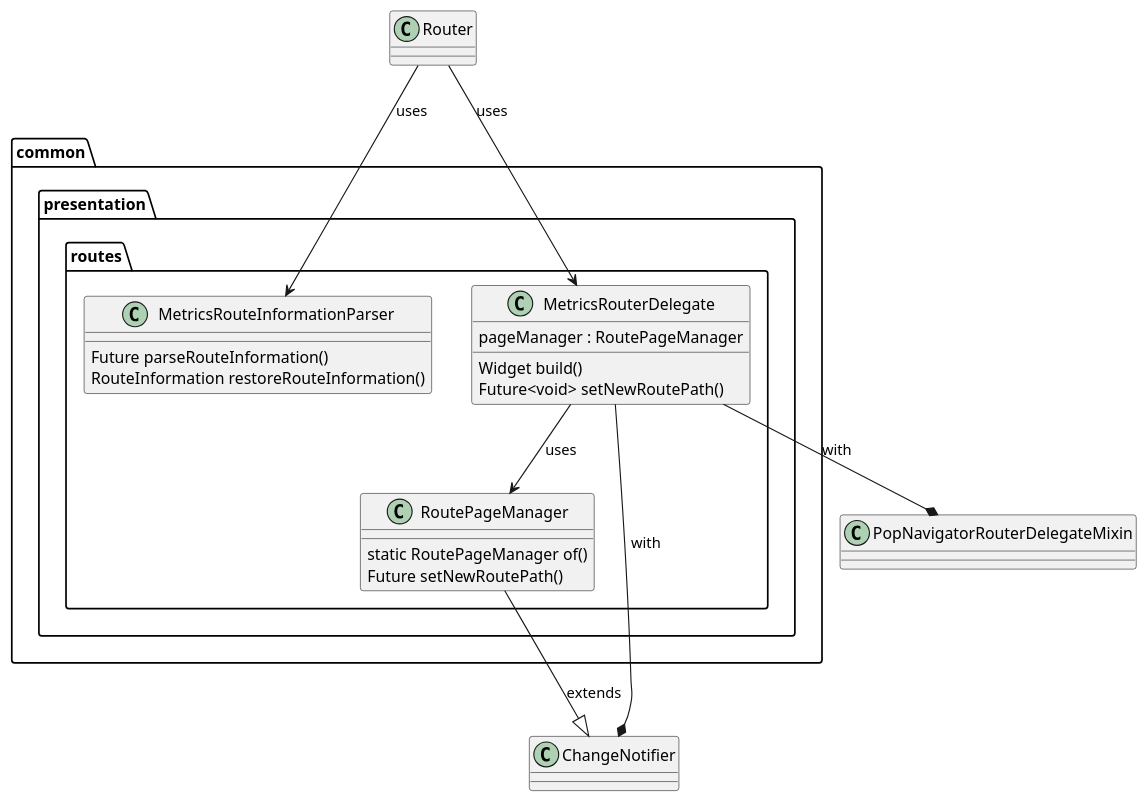
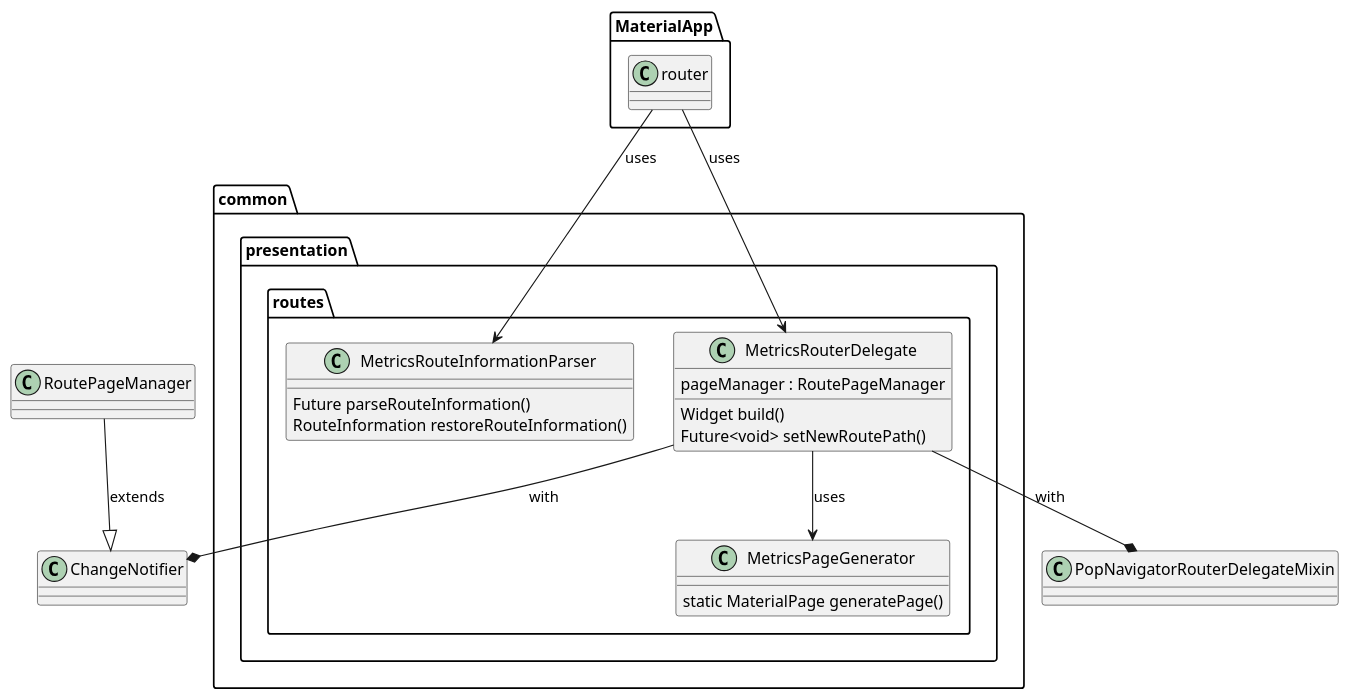
Before and after one commit to Flank/flank-dashboard: the diagram in metrics/web/docs/features/router_widget/diagrams/router_widget_presentation.puml, drawn with PlantUML. The commit also changed 2 other files, not shown here.

Commit message:
Add sequence diagram, examples

```diff
--- a/metrics/web/docs/features/router_widget/diagrams/router_widget_presentation.puml
+++ b/metrics/web/docs/features/router_widget/diagrams/router_widget_presentation.puml
@@ -1,28 +1,27 @@
 @startuml
 package common.presentation.routes {
 
         class MetricsRouteInformationParser{
             Future parseRouteInformation()
             RouteInformation restoreRouteInformation()
         }
 
         class MetricsRouterDelegate{
             pageManager : RoutePageManager
 
             Widget build()
             Future<void> setNewRoutePath()
         }
-        class RoutePageManager{
-            static RoutePageManager of()
-            Future setNewRoutePath()
+        class MetricsPageGenerator{
+            static MaterialPage generatePage()
         }
 
 }
 
 MetricsRouterDelegate --* ChangeNotifier : with
 MetricsRouterDelegate --* PopNavigatorRouterDelegateMixin : with
-MetricsRouterDelegate --> RoutePageManager : uses
+MetricsRouterDelegate --> MetricsPageGenerator : uses
 RoutePageManager --|> ChangeNotifier : extends
-Router --> MetricsRouterDelegate : uses
-Router --> MetricsRouteInformationParser :uses
+MaterialApp.router --> MetricsRouterDelegate : uses
+MaterialApp.router --> MetricsRouteInformationParser :uses
 @enduml
```
